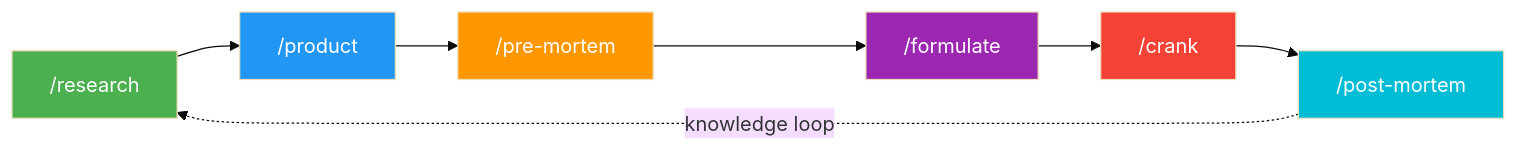
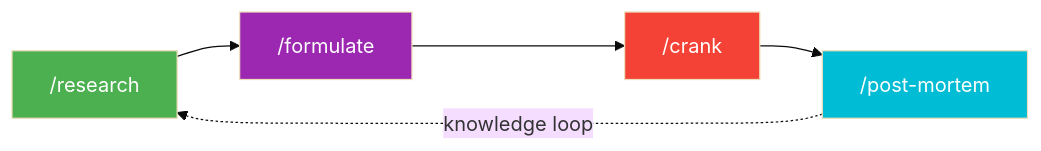
Before and after one commit to ArronRigby/agentops: the first of 3 diagrams in README.md, drawn with Mermaid (base theme).

Commit message:
fix: simplify RPI workflow diagram
Remove /product and /pre-mortem from main flow - these happen
during plan mode, not as separate workflow steps.

New flow: /research → /formulate → /crank → /post-mortem

````diff
--- a/README.md
+++ b/README.md
@@ -49,16 +49,12 @@
 ```mermaid
 flowchart LR
-    R["/research"] --> P["/product"]
-    P --> PM["/pre-mortem"]
-    PM --> F["/formulate"]
-    F --> C["/crank"]
+    R["/research"] --> PLAN["/formulate"]
+    PLAN --> C["/crank"]
     C --> POST["/post-mortem"]
     POST -.->|knowledge loop| R
 
     style R fill:#4CAF50,color:#fff
-    style P fill:#2196F3,color:#fff
-    style PM fill:#FF9800,color:#fff
-    style F fill:#9C27B0,color:#fff
+    style PLAN fill:#9C27B0,color:#fff
     style C fill:#F44336,color:#fff
     style POST fill:#00BCD4,color:#fff
 ```
````
